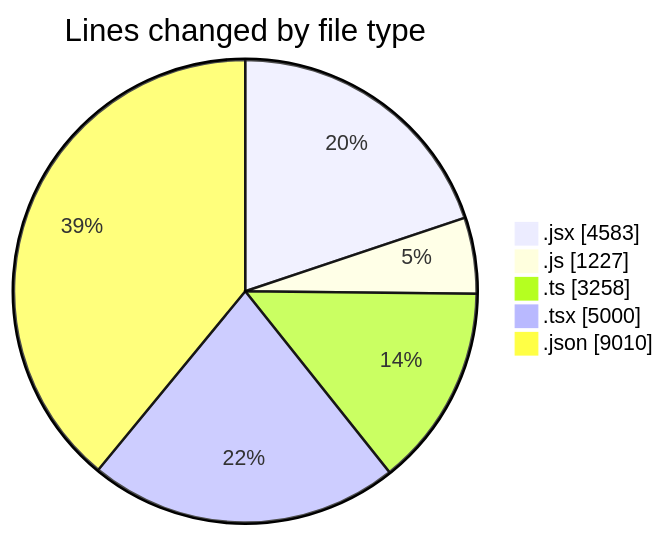
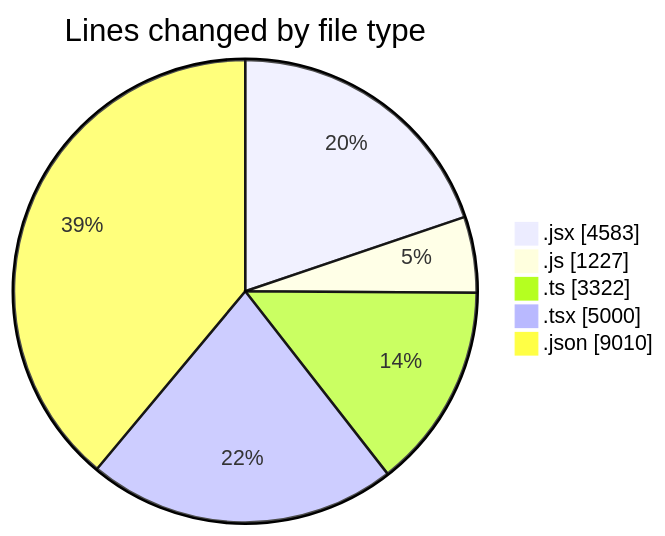
The first of 2 diagrams in 2026-01-21/nxtqube_webapp/README.md (nxtqubesakshisongat/code-tracking), drawn with Mermaid before and after one commit. The commit also changed other lines of this file and 1 other file, not shown here.

````diff
--- a/2026-01-21/nxtqube_webapp/README.md
+++ b/2026-01-21/nxtqube_webapp/README.md
@@ -31,9 +32,9 @@
 ```mermaid
 pie showData
 title Lines changed by file type
 ".jsx" : 4583
 ".js" : 1227
-".ts" : 3258
+".ts" : 3322
 ".tsx" : 5000
 ".json" : 9010
 ```
````
